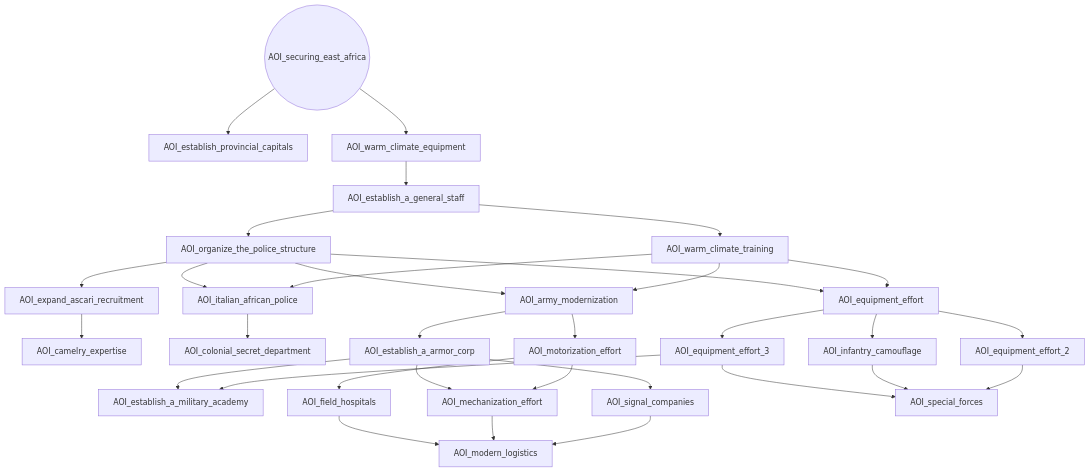
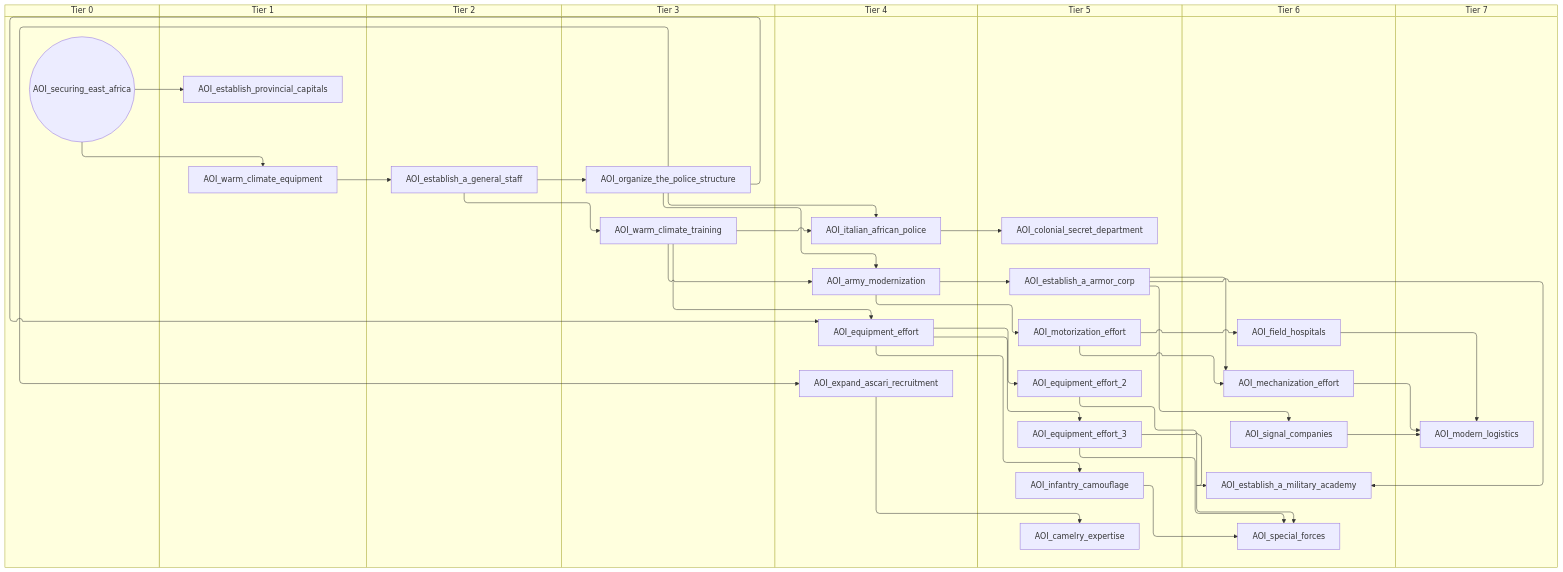
Before and after one commit to evgeny-sobol/hoi4-sandbox-mode-r56: the diagram in docs/gdd/National Focuses/r56_italian_east_africa.md, drawn with Mermaid. The commit also changed 423 other files, not shown here.

First line of the commit message:
Re-export Rt56 focus trees as swimlane diagrams

````diff
--- a/docs/gdd/National Focuses/r56_italian_east_africa.md
+++ b/docs/gdd/National Focuses/r56_italian_east_africa.md
@@ -3,57 +3,73 @@
 ```mermaid
-flowchart TD
-    n1["AOI_army_modernization"]
-    n2["AOI_camelry_expertise"]
-    n3["AOI_colonial_secret_department"]
-    n4["AOI_equipment_effort"]
-    n5["AOI_equipment_effort_2"]
-    n6["AOI_equipment_effort_3"]
-    n7["AOI_establish_a_armor_corp"]
-    n8["AOI_establish_a_general_staff"]
-    n9["AOI_establish_a_military_academy"]
-    n10["AOI_establish_provincial_capitals"]
-    n11["AOI_expand_ascari_recruitment"]
-    n12["AOI_field_hospitals"]
-    n13["AOI_infantry_camouflage"]
-    n14["AOI_italian_african_police"]
-    n15["AOI_mechanization_effort"]
-    n16["AOI_modern_logistics"]
-    n17["AOI_motorization_effort"]
-    n18["AOI_organize_the_police_structure"]
-    n19(("AOI_securing_east_africa"))
-    n20["AOI_signal_companies"]
-    n21["AOI_special_forces"]
-    n22["AOI_warm_climate_equipment"]
-    n23["AOI_warm_climate_training"]
-    n18 --> n1
-    n23 --> n1
-    n11 --> n2
-    n14 --> n3
-    n18 --> n4
-    n23 --> n4
+swimlane-beta TD
+    subgraph tier_0["Tier 0"]
+        n1(("AOI_securing_east_africa"))
+    end
+    subgraph tier_1["Tier 1"]
+        n2["AOI_establish_provincial_capitals"]
+        n3["AOI_warm_climate_equipment"]
+    end
+    subgraph tier_2["Tier 2"]
+        n4["AOI_establish_a_general_staff"]
+    end
+    subgraph tier_3["Tier 3"]
+        n5["AOI_organize_the_police_structure"]
+        n6["AOI_warm_climate_training"]
+    end
+    subgraph tier_4["Tier 4"]
+        n7["AOI_army_modernization"]
+        n8["AOI_equipment_effort"]
+        n9["AOI_expand_ascari_recruitment"]
+        n10["AOI_italian_african_police"]
+    end
+    subgraph tier_5["Tier 5"]
+        n11["AOI_camelry_expertise"]
+        n12["AOI_colonial_secret_department"]
+        n13["AOI_equipment_effort_2"]
+        n14["AOI_equipment_effort_3"]
+        n15["AOI_establish_a_armor_corp"]
+        n16["AOI_infantry_camouflage"]
+        n17["AOI_motorization_effort"]
+    end
+    subgraph tier_6["Tier 6"]
+        n18["AOI_establish_a_military_academy"]
+        n19["AOI_field_hospitals"]
+        n20["AOI_mechanization_effort"]
+        n21["AOI_signal_companies"]
+        n22["AOI_special_forces"]
+    end
+    subgraph tier_7["Tier 7"]
+        n23["AOI_modern_logistics"]
+    end
+    n5 --> n7
+    n6 --> n7
+    n9 --> n11
+    n10 --> n12
+    n5 --> n8
+    n6 --> n8
+    n8 --> n13
+    n8 --> n14
+    n7 --> n15
+    n3 --> n4
+    n15 --> n18
+    n14 --> n18
+    n1 --> n2
+    n5 --> n9
+    n17 --> n19
+    n8 --> n16
+    n5 --> n10
+    n6 --> n10
+    n15 --> n20
+    n17 --> n20
+    n19 --> n23
+    n20 --> n23
+    n21 --> n23
+    n7 --> n17
     n4 --> n5
+    n15 --> n21
+    n14 --> n22
+    n16 --> n22
+    n13 --> n22
+    n1 --> n3
     n4 --> n6
-    n1 --> n7
-    n22 --> n8
-    n7 --> n9
-    n6 --> n9
-    n19 --> n10
-    n18 --> n11
-    n17 --> n12
-    n4 --> n13
-    n18 --> n14
-    n23 --> n14
-    n7 --> n15
-    n17 --> n15
-    n12 --> n16
-    n15 --> n16
-    n20 --> n16
-    n1 --> n17
-    n8 --> n18
-    n7 --> n20
-    n6 --> n21
-    n13 --> n21
-    n5 --> n21
-    n19 --> n22
-    n8 --> n23
 ```
````
